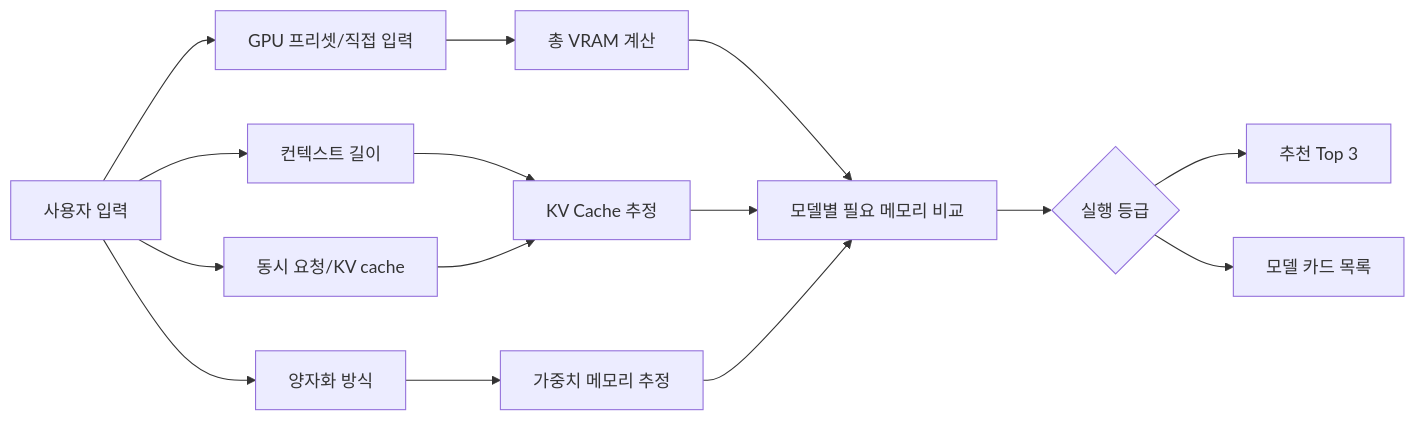
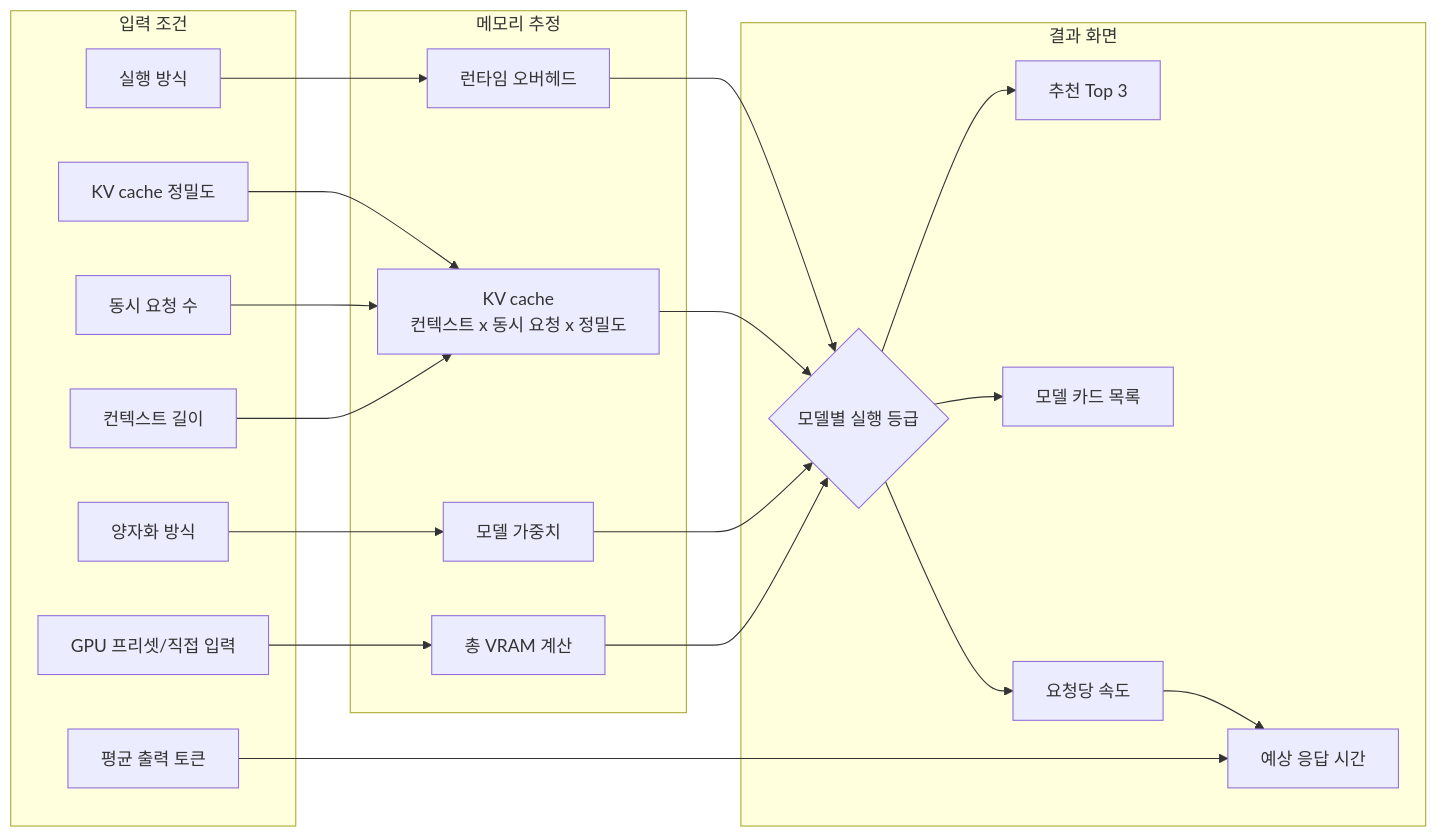
Before and after one commit to jaeseok614/llm-gpu-checker-ko: the first of 2 diagrams in README.md, drawn with Mermaid. The commit also changed 1 other file, not shown here.

Commit message:
Update README serving diagrams

````diff
--- a/README.md
+++ b/README.md
@@ -60,17 +60,43 @@
 ```mermaid
 flowchart LR
-  A[사용자 입력] --> B[GPU 프리셋/직접 입력]
-  A --> C[컨텍스트 길이]
-  A --> D[양자화 방식]
-  A --> L[동시 요청/KV cache]
-  B --> E[총 VRAM 계산]
-  C --> F[KV Cache 추정]
-  D --> G[가중치 메모리 추정]
-  L --> F
-  E --> H[모델별 필요 메모리 비교]
-  F --> H
-  G --> H
-  H --> I{실행 등급}
-  I --> J[추천 Top 3]
-  I --> K[모델 카드 목록]
+  subgraph Input[입력 조건]
+    A[GPU 프리셋/직접 입력]
+    B[컨텍스트 길이]
+    C[동시 요청 수]
+    D[평균 출력 토큰]
+    E[KV cache 정밀도]
+    F[양자화 방식]
+    G[실행 방식]
+  end
+
+  subgraph Memory[메모리 추정]
+    H[총 VRAM 계산]
+    I[모델 가중치]
+    J[KV cache<br/>컨텍스트 x 동시 요청 x 정밀도]
+    K[런타임 오버헤드]
+  end
+
+  subgraph Result[결과 화면]
+    L{모델별 실행 등급}
+    M[추천 Top 3]
+    N[모델 카드 목록]
+    O[요청당 속도]
+    P[예상 응답 시간]
+  end
+
+  A --> H
+  F --> I
+  B --> J
+  C --> J
+  E --> J
+  G --> K
+  D --> P
+  H --> L
+  I --> L
+  J --> L
+  K --> L
+  L --> M
+  L --> N
+  L --> O
+  O --> P
 ```
````
